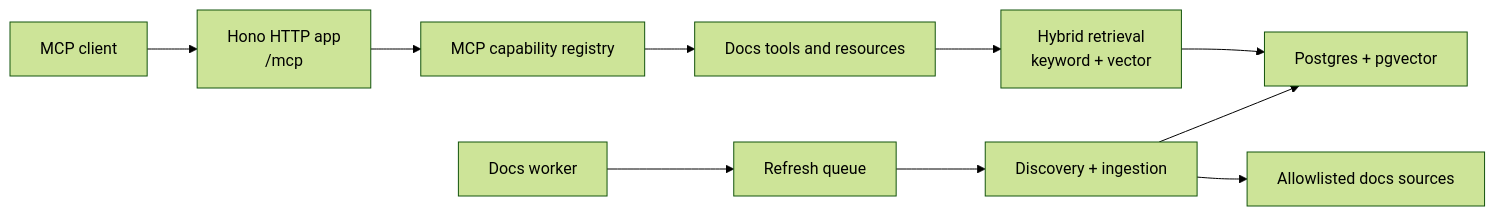
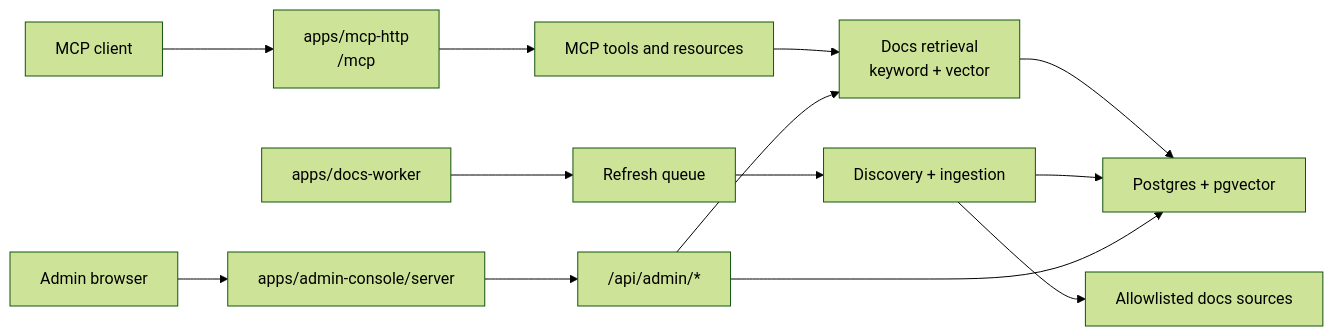
The diagram in README.md (Vinicius-Marcondes/doc-indexer-mcp), drawn with Mermaid (forest theme) before and after one commit. The commit also changed other lines of this file and 1 other file, not shown here.

````diff
--- a/README.md
+++ b/README.md
@@ -20,12 +42,17 @@
 ```mermaid
 flowchart LR
-  Client["MCP client"] --> HTTP["Hono HTTP app\n/mcp"]
-  HTTP --> Server["MCP capability registry"]
-  Server --> Tools["Docs tools and resources"]
-  Tools --> Retrieval["Hybrid retrieval\nkeyword + vector"]
+  Client["MCP client"] --> MCP["apps/mcp-http\n/mcp"]
+  MCP --> Registry["MCP tools and resources"]
+  Registry --> Retrieval["Docs retrieval\nkeyword + vector"]
   Retrieval --> Postgres["Postgres + pgvector"]
-  Worker["Docs worker"] --> Queue["Refresh queue"]
+
+  Worker["apps/docs-worker"] --> Queue["Refresh queue"]
   Queue --> Ingestion["Discovery + ingestion"]
   Ingestion --> Sources["Allowlisted docs sources"]
   Ingestion --> Postgres
+
+  Browser["Admin browser"] --> AdminServer["apps/admin-console/server"]
+  AdminServer --> AdminApi["/api/admin/*"]
+  AdminApi --> Postgres
+  AdminApi --> Retrieval
 ```
````
